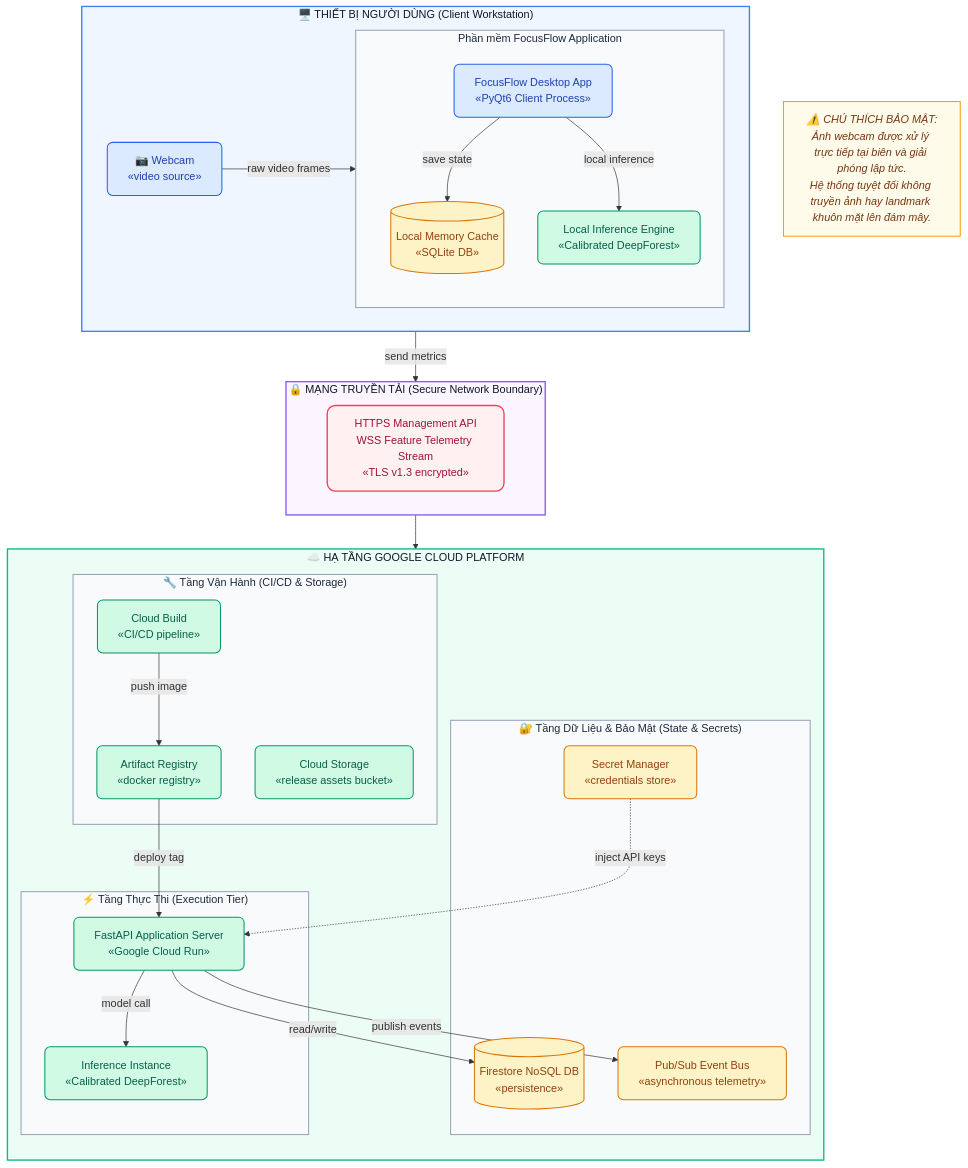
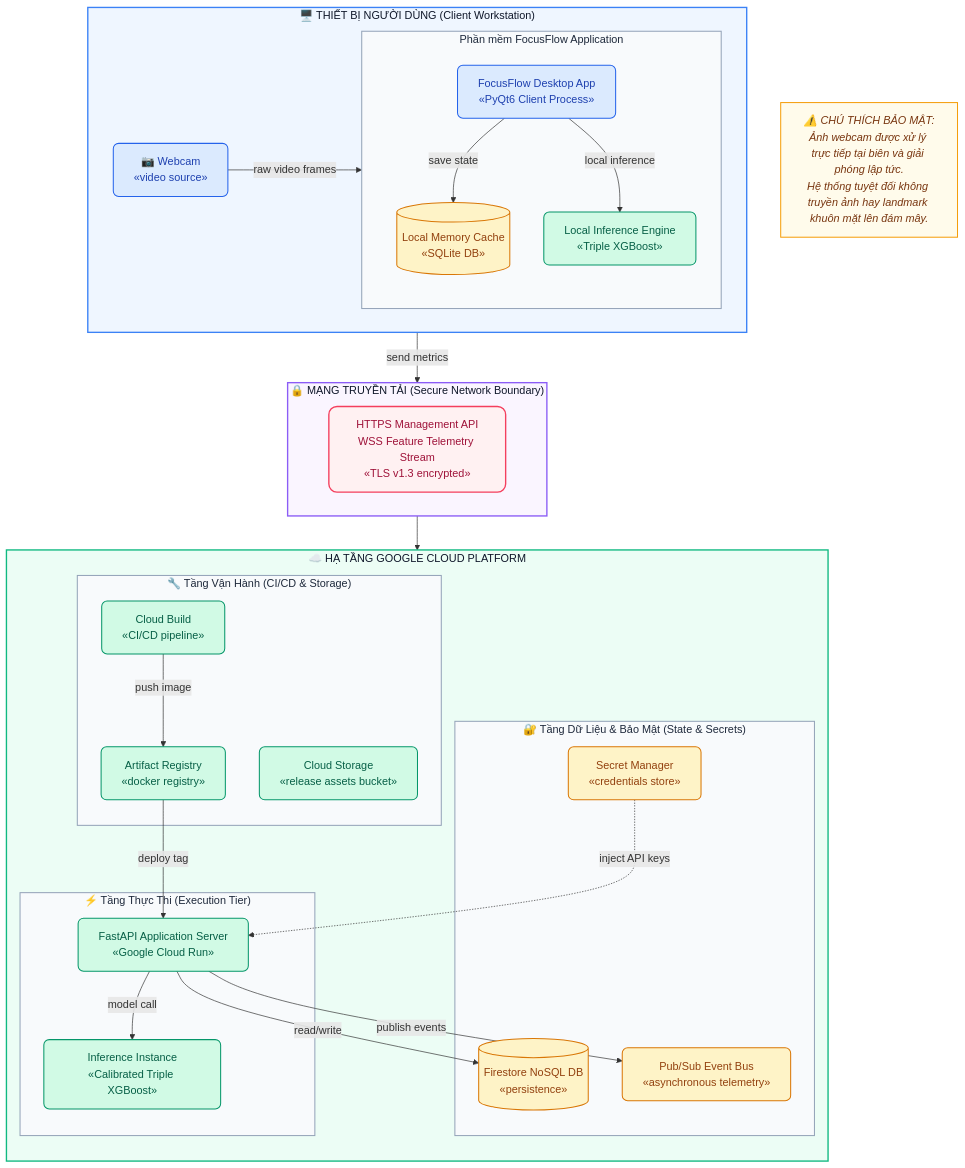
Before and after one commit to nguyenhoangviethung/FocusTracker: the diagram in docs/uml/03_deployment.mmd, drawn with Mermaid. The commit also changed 21 other files, not shown here.

Commit message:
Big Change: model is triple-xgb

```diff
--- a/docs/uml/03_deployment.mmd
+++ b/docs/uml/03_deployment.mmd
@@ -1,82 +1,82 @@
 graph TB
     %% USER HARDWARE & CLIENT NODE
     subgraph NODE_USER["🖥️ THIẾT BỊ NGƯỜI DÙNG (Client Workstation)"]
         direction LR
         CAM["📷 Webcam<br/>«video source»"]
         
         subgraph DESKTOP_ENV["Phần mềm FocusFlow Application"]
             direction TB
             APP["FocusFlow Desktop App<br/>«PyQt6 Client Process»"]
-            DF["Local Inference Engine<br/>«Calibrated DeepForest»"]
+            DF["Local Inference Engine<br/>«Triple XGBoost»"]
             CACHE[("Local Memory Cache<br/>«SQLite DB»")]
             APP -->|"save state"| CACHE
             APP -->|"local inference"| DF
         end
 
         CAM -->|"raw video frames"| APP
     end
 
     %% NETWORK TRANSPORT
     subgraph BOUNDARY_NET["🔒 MẠNG TRUYỀN TẢI (Secure Network Boundary)"]
         direction LR
         TLS["HTTPS Management API<br/>WSS Feature Telemetry Stream<br/>«TLS v1.3 encrypted»"]
     end
 
     %% CLOUD RUNTIME TOPOLOGY
     subgraph GCP["☁️ HẠ TẦNG GOOGLE CLOUD PLATFORM"]
         direction TB
 
         subgraph RUNTIME_TIER["⚡ Tầng Thực Thi (Execution Tier)"]
             CR["FastAPI Application Server<br/>«Google Cloud Run»"]
-            XGB["Inference Instance<br/>«Calibrated DeepForest»"]
+            XGB["Inference Instance<br/>«Calibrated Triple XGBoost»"]
             CR -->|"model call"| XGB
         end
 
         subgraph DATA_TIER["🔐 Tầng Dữ Liệu & Bảo Mật (State & Secrets)"]
             FS[("Firestore NoSQL DB<br/>«persistence»")]
             PUBSUB["Pub/Sub Event Bus<br/>«asynchronous telemetry»"]
             SECRET["Secret Manager<br/>«credentials store»"]
         end
 
         subgraph OPERATIONAL_TIER["🔧 Tầng Vận Hành (CI/CD & Storage)"]
             CB["Cloud Build<br/>«CI/CD pipeline»"]
             AR["Artifact Registry<br/>«docker registry»"]
             CS["Cloud Storage<br/>«release assets bucket»"]
             CB -->|"push image"| AR
         end
 
         AR -->|"deploy tag"| CR
         CR -->|"read/write"| FS
         CR -->|"publish events"| PUBSUB
         SECRET -.->|"inject API keys"| CR
     end
 
     %% Warning box
     NOTE["⚠️ CHÚ THÍCH BẢO MẬT:\nẢnh webcam được xử lý trực tiếp tại biên và giải phóng lập tức.\nHệ thống tuyệt đối không truyền ảnh hay landmark khuôn mặt lên đám mây."]
 
     %% Connectivity
     APP -->|"send metrics"| TLS
     TLS --> CR
 
     %% Themes & Styles Definitions
     classDef clientStyle fill:#EFF6FF,stroke:#3B82F6,stroke-width:2px,color:#0F172A;
     classDef cloudStyle fill:#ECFDF5,stroke:#10B981,stroke-width:2px,color:#0F172A;
     classDef networkStyle fill:#FAF5FF,stroke:#8B5CF6,stroke-width:2px,color:#0F172A;
     classDef noteStyle fill:#FFFBEB,stroke:#F59E0B,stroke-width:1.5px,color:#78350F,font-style:italic;
     classDef systemBoxStyle fill:#F8FAFC,stroke:#94A3B8,stroke-width:1.5px,color:#1E293B;
 
     classDef nodeApp fill:#DBEAFE,stroke:#2563EB,stroke-width:1.5px,color:#1E40AF,rx:8px,ry:8px;
     classDef nodeCloud fill:#D1FAE5,stroke:#059669,stroke-width:1.5px,color:#065F46,rx:8px,ry:8px;
     classDef nodeDb fill:#FEF3C7,stroke:#D97706,stroke-width:1.5px,color:#92400E,rx:8px,ry:8px;
     classDef nodeTls fill:#FFF1F2,stroke:#F43F5E,stroke-width:2px,color:#9F1239,rx:12px,ry:12px;
 
     class NODE_USER clientStyle;
     class GCP cloudStyle;
     class BOUNDARY_NET networkStyle;
     class NOTE noteStyle;
     class DESKTOP_ENV,RUNTIME_TIER,DATA_TIER,OPERATIONAL_TIER systemBoxStyle;
 
     class APP,CAM nodeApp;
     class CR,XGB,CB,AR,CS,DF nodeCloud;
     class CACHE,FS,PUBSUB,SECRET nodeDb;
     class TLS nodeTls;
```
